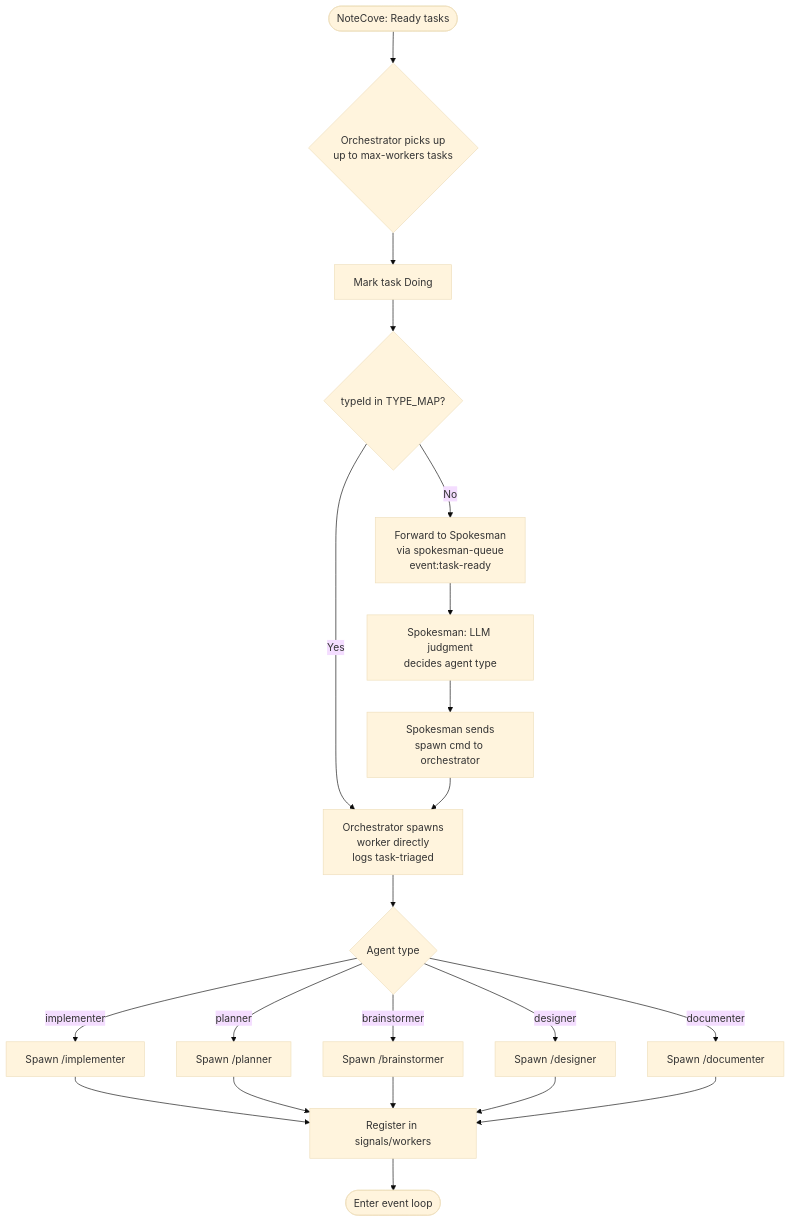
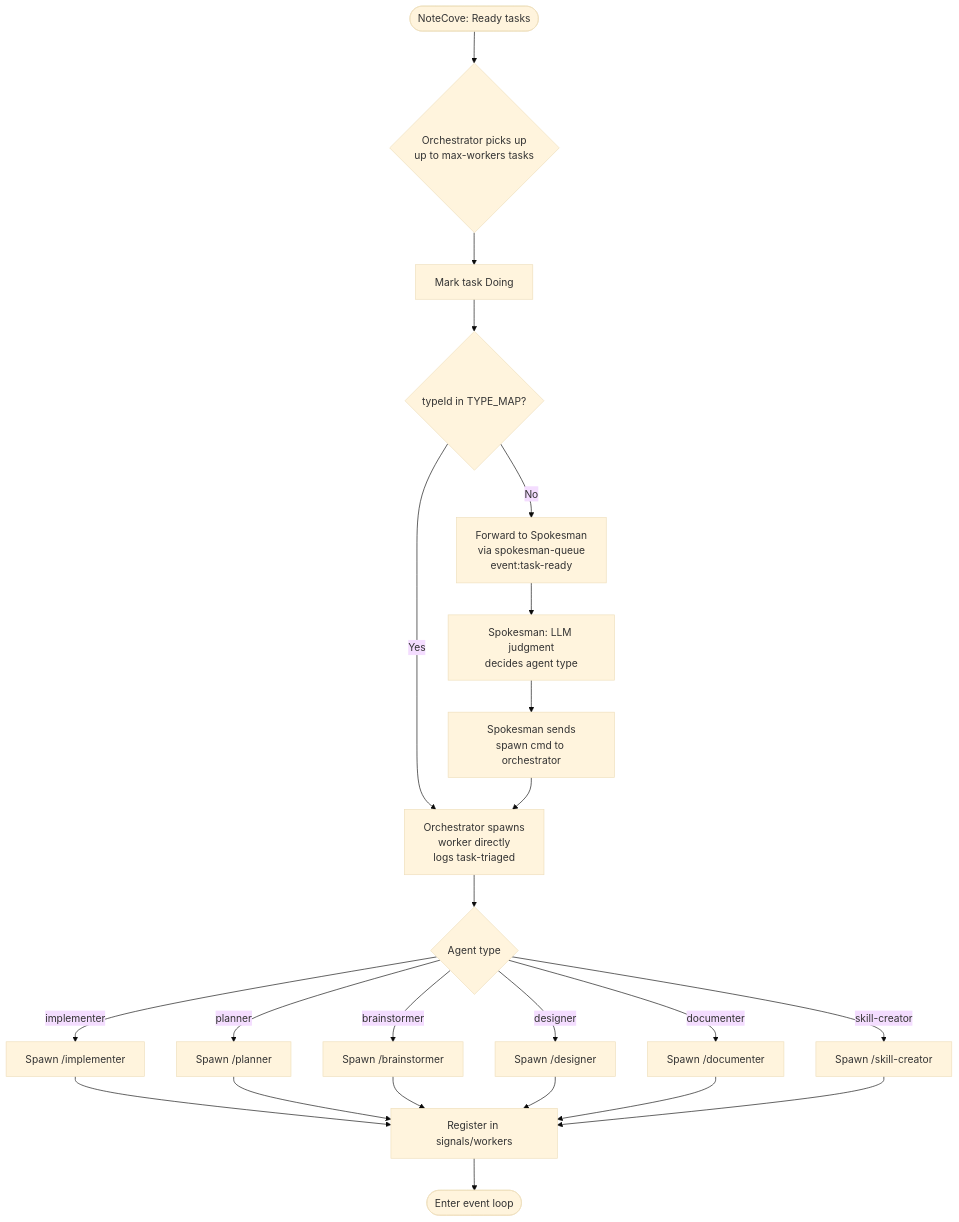
The second of 13 diagrams in docs/agentic-workflow.md (gara2000/agentmesh), drawn with Mermaid (base theme) before and after one commit. The commit also changed 5 other files, not shown here.

First line of the commit message:
feat(skills): add skill-creator worker skill [WORK-8y4]

````diff
--- a/docs/agentic-workflow.md
+++ b/docs/agentic-workflow.md
@@ -86,19 +86,20 @@
 ```mermaid
 flowchart TD
     A([NoteCove: Ready tasks]) --> B{Orchestrator picks up\nup to max-workers tasks}
     B --> C[Mark task Doing]
     C --> D{typeId in TYPE_MAP?}
     D -->|Yes| E[Orchestrator spawns\nworker directly\nlogs task-triaged]
     D -->|No| F[Forward to Spokesman\nvia spokesman-queue\nevent:task-ready]
     F --> G[Spokesman: LLM judgment\ndecides agent type]
     G --> H[Spokesman sends\nspawn cmd to orchestrator]
     H --> E
     E --> I{Agent type}
     I -->|implementer| W[Spawn /implementer]
     I -->|planner| P[Spawn /planner]
     I -->|brainstormer| BR[Spawn /brainstormer]
     I -->|designer| DE[Spawn /designer]
     I -->|documenter| DOC[Spawn /documenter]
-    W & P & BR & DE & DOC --> J[Register in signals/workers]
+    I -->|skill-creator| SC[Spawn /skill-creator]
+    W & P & BR & DE & DOC & SC --> J[Register in signals/workers]
     J --> K([Enter event loop])
 ```
````
